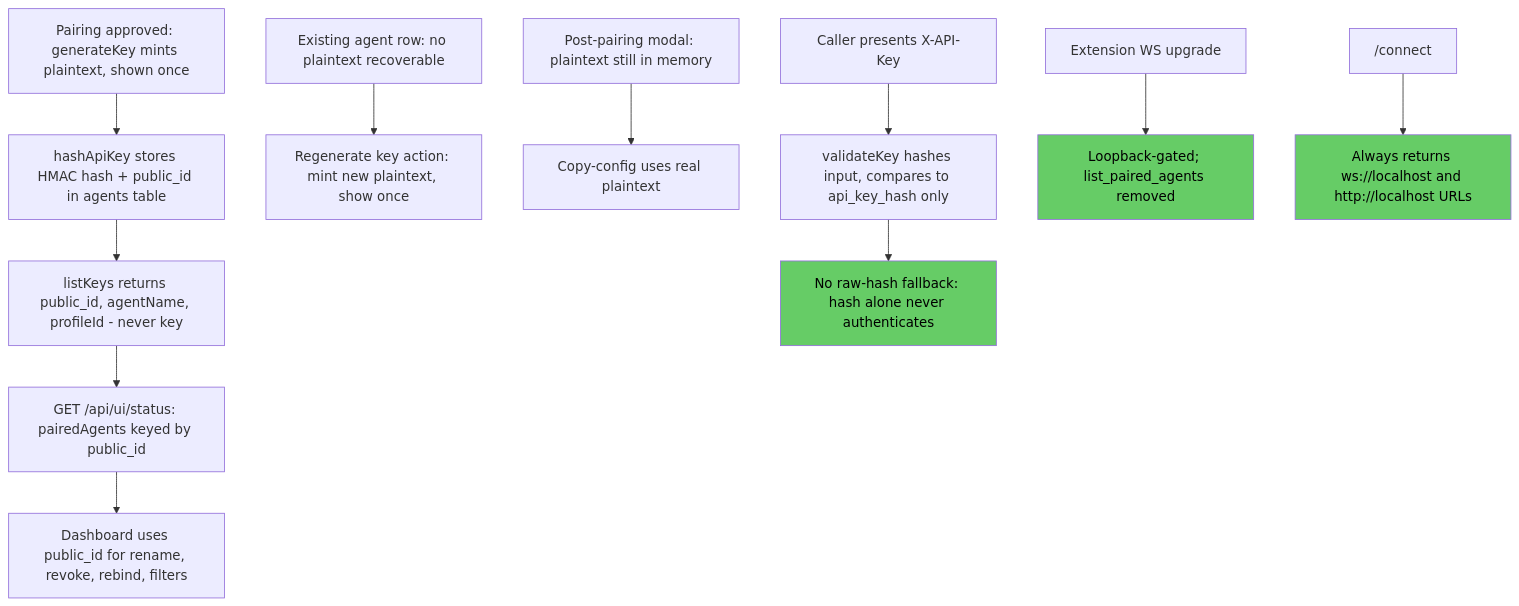
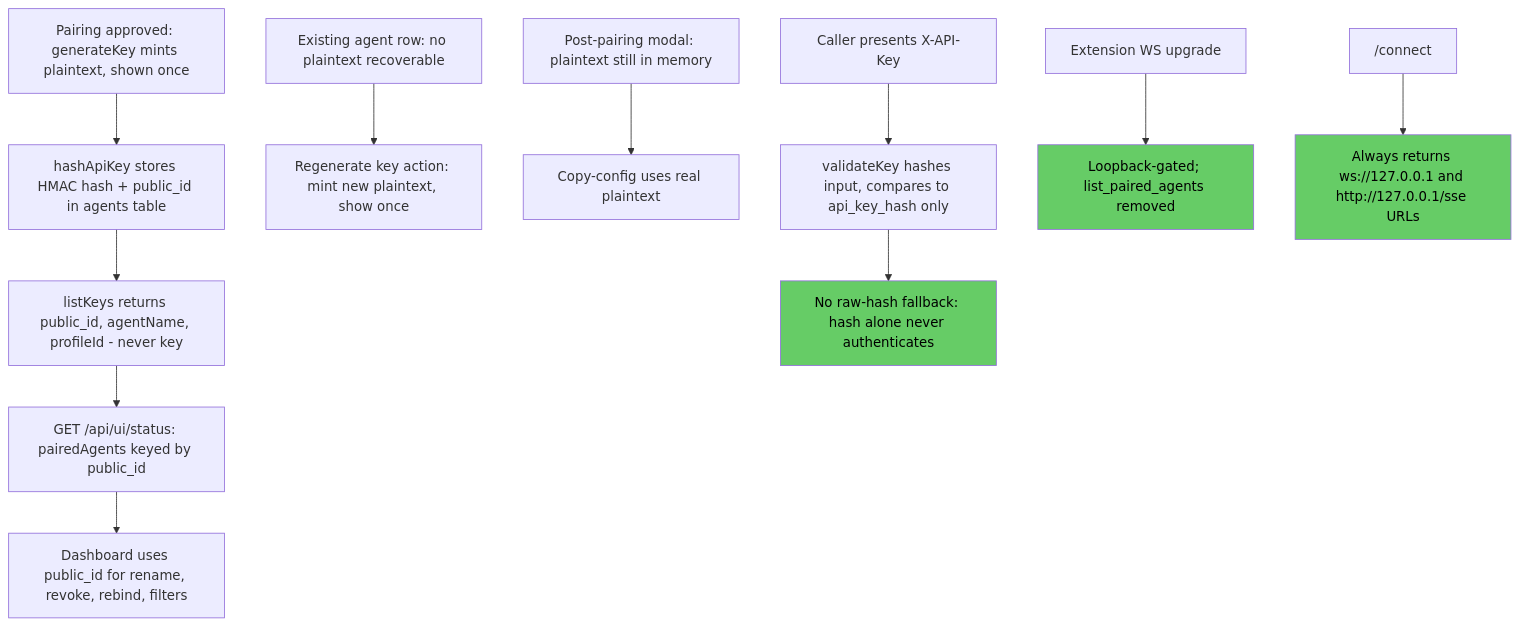
One commit to Jtonna/WebPilot changed the third of 3 diagrams in docs/security/agent-key-and-connection-trust.md. Above: the diagram before and after it, drawn with Mermaid. The commit also changed other lines of this file and 1 other file, not shown here.

````diff
--- a/docs/security/agent-key-and-connection-trust.md
+++ b/docs/security/agent-key-and-connection-trust.md
@@ -161,17 +165,17 @@
 ```mermaid
 flowchart TD
     A["Pairing approved: generateKey mints plaintext, shown once"] --> B["hashApiKey stores HMAC hash + public_id in agents table"]
     B --> C["listKeys returns public_id, agentName, profileId - never key"]
     C --> D["GET /api/ui/status: pairedAgents keyed by public_id"]
     D --> E["Dashboard uses public_id for rename, revoke, rebind, filters"]
     F["Existing agent row: no plaintext recoverable"] --> G["Regenerate key action: mint new plaintext, show once"]
     H["Post-pairing modal: plaintext still in memory"] --> I["Copy-config uses real plaintext"]
     J["Caller presents X-API-Key"] --> K["validateKey hashes input, compares to api_key_hash only"]
     K --> L["No raw-hash fallback: hash alone never authenticates"]
     M["Extension WS upgrade"] --> N["Loopback-gated; list_paired_agents removed"]
-    O["/connect"] --> P["Always returns ws://localhost and http://localhost URLs"]
+    O["/connect"] --> P["Always returns ws://127.0.0.1 and http://127.0.0.1/sse URLs"]
 
     style L fill:#6c6,color:#000
     style N fill:#6c6,color:#000
     style P fill:#6c6,color:#000
 ```
````
